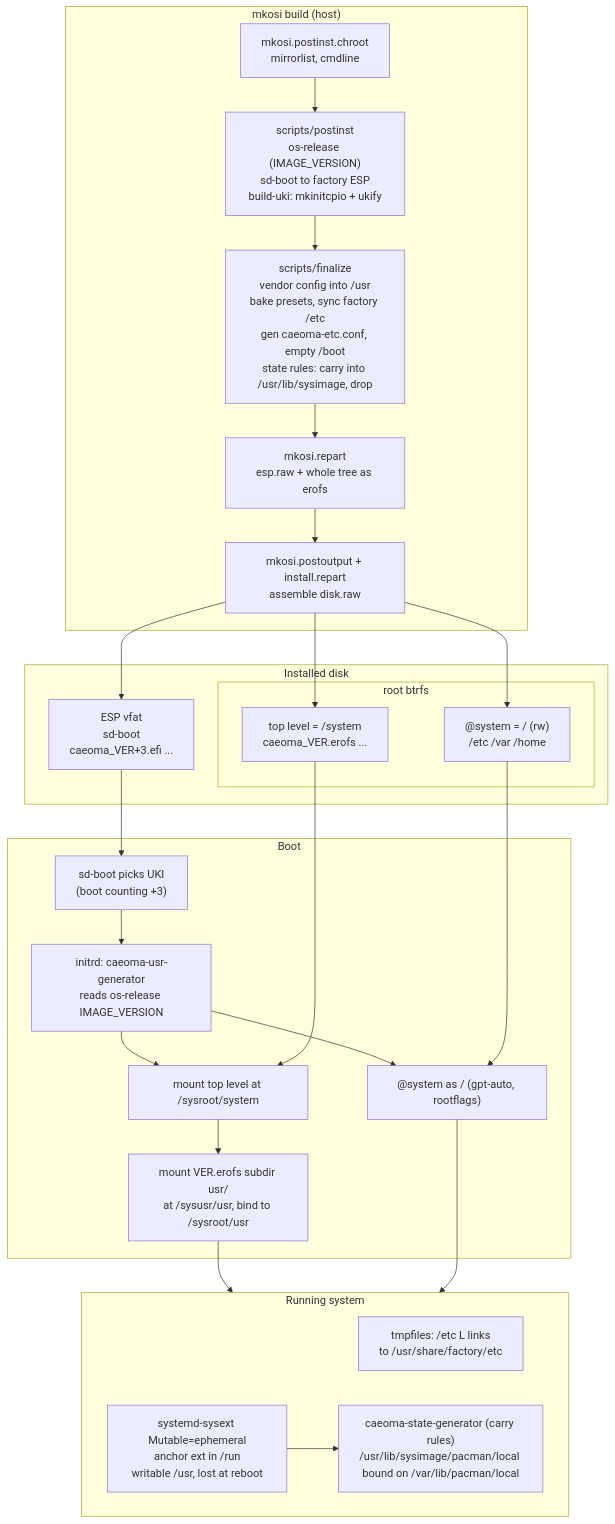
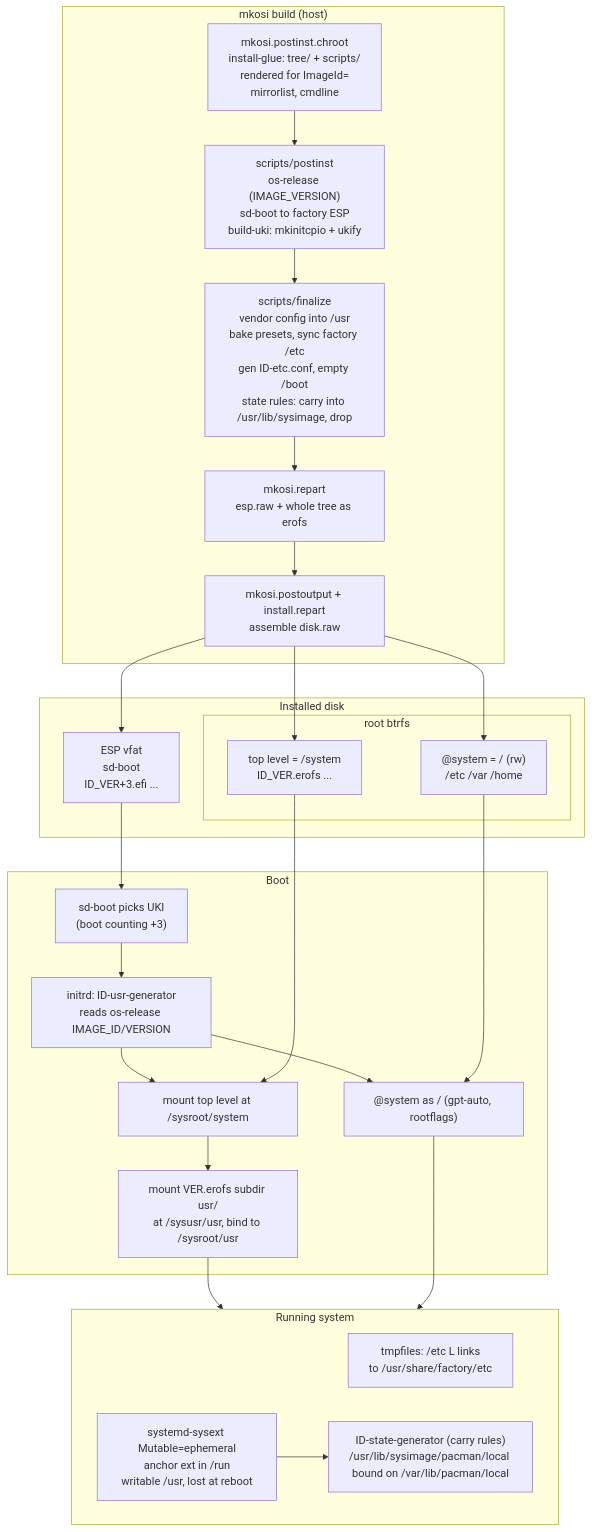
Before and after one commit to h8d13/caeoma: the first of 2 diagrams in docs/DESIGN.md, drawn with Mermaid. The commit also changed other lines of this file and 1 other file, not shown here.

````diff
--- a/docs/DESIGN.md
+++ b/docs/DESIGN.md
@@ -5,47 +7,47 @@
 ```mermaid
 flowchart TD
 	subgraph BUILD["mkosi build (host)"]
-		P["mkosi.postinst.chroot<br/>mirrorlist, cmdline"]
+		P["mkosi.postinst.chroot<br/>install-glue: tree/ + scripts/<br/>rendered for ImageId=<br/>mirrorlist, cmdline"]
 		PI["scripts/postinst<br/>os-release (IMAGE_VERSION)<br/>sd-boot to factory ESP<br/>build-uki: mkinitcpio + ukify"]
-		F["scripts/finalize<br/>vendor config into /usr<br/>bake presets, sync factory /etc<br/>gen caeoma-etc.conf, empty /boot<br/>state rules: carry into /usr/lib/sysimage, drop"]
+		F["scripts/finalize<br/>vendor config into /usr<br/>bake presets, sync factory /etc<br/>gen ID-etc.conf, empty /boot<br/>state rules: carry into /usr/lib/sysimage, drop"]
 		R["mkosi.repart<br/>esp.raw + whole tree as erofs"]
 		PO["mkosi.postoutput + install.repart<br/>assemble disk.raw"]
 		P --> PI --> F --> R --> PO
 	end
 
 	subgraph DISK["Installed disk"]
-		ESP["ESP vfat<br/>sd-boot<br/>caeoma_VER+3.efi ..."]
+		ESP["ESP vfat<br/>sd-boot<br/>ID_VER+3.efi ..."]
 		subgraph BTRFS["root btrfs"]
-			TOP["top level = /system<br/>caeoma_VER.erofs ..."]
+			TOP["top level = /system<br/>ID_VER.erofs ..."]
 			SYS["@system = / (rw)<br/>/etc /var /home"]
 		end
 	end
 
 	PO --> ESP
 	PO --> TOP
 	PO --> SYS
 
 	subgraph BOOT["Boot"]
 		SB["sd-boot picks UKI<br/>(boot counting +3)"]
-		GEN["initrd: caeoma-usr-generator<br/>reads os-release IMAGE_VERSION"]
+		GEN["initrd: ID-usr-generator<br/>reads os-release IMAGE_ID/VERSION"]
 		M1["mount top level at /sysroot/system"]
 		M2["mount VER.erofs subdir usr/<br/>at /sysusr/usr, bind to /sysroot/usr"]
 		ROOT["@system as / (gpt-auto, rootflags)"]
 		SB --> GEN --> M1 --> M2
 		GEN --> ROOT
 	end
 
 	ESP --> SB
 	TOP --> M1
 	SYS --> ROOT
 
 	subgraph RUN["Running system"]
 		ETC["tmpfiles: /etc L links<br/>to /usr/share/factory/etc"]
-		PAC["caeoma-state-generator (carry rules)<br/>/usr/lib/sysimage/pacman/local bound on /var/lib/pacman/local"]
+		PAC["ID-state-generator (carry rules)<br/>/usr/lib/sysimage/pacman/local bound on /var/lib/pacman/local"]
 		SX["systemd-sysext Mutable=ephemeral<br/>anchor ext in /run<br/>writable /usr, lost at reboot"]
 		SX --> PAC
 	end
 
 	M2 --> RUN
 	ROOT --> RUN
 ```
````
